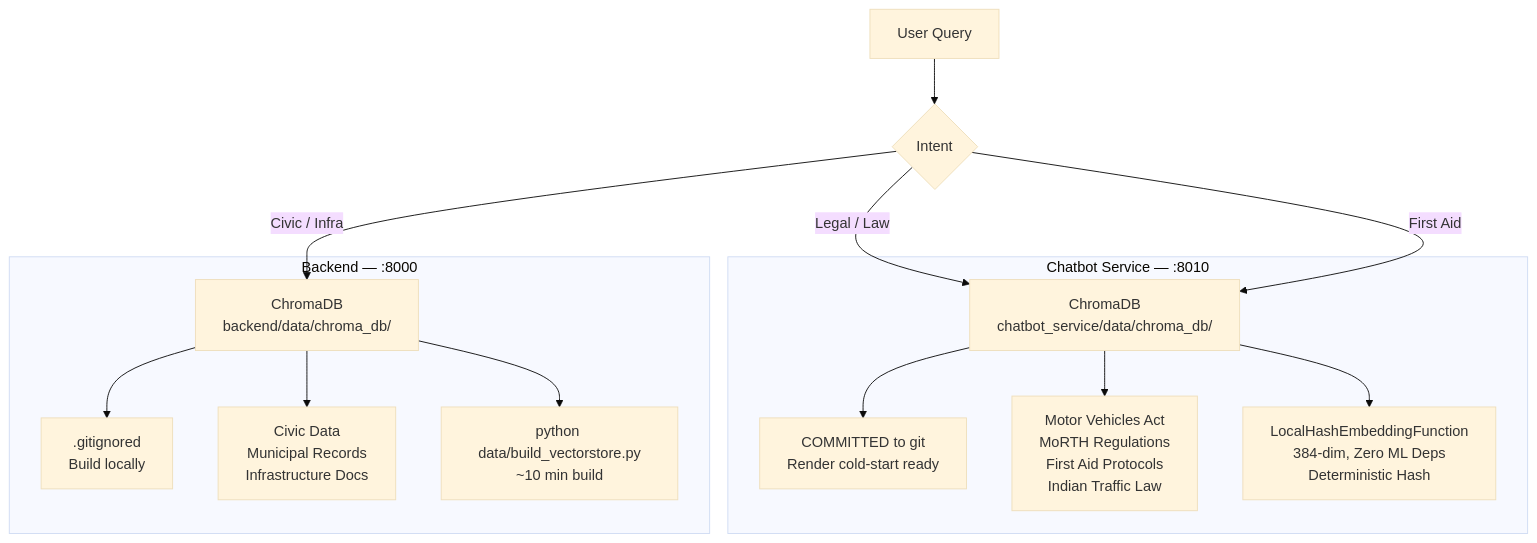
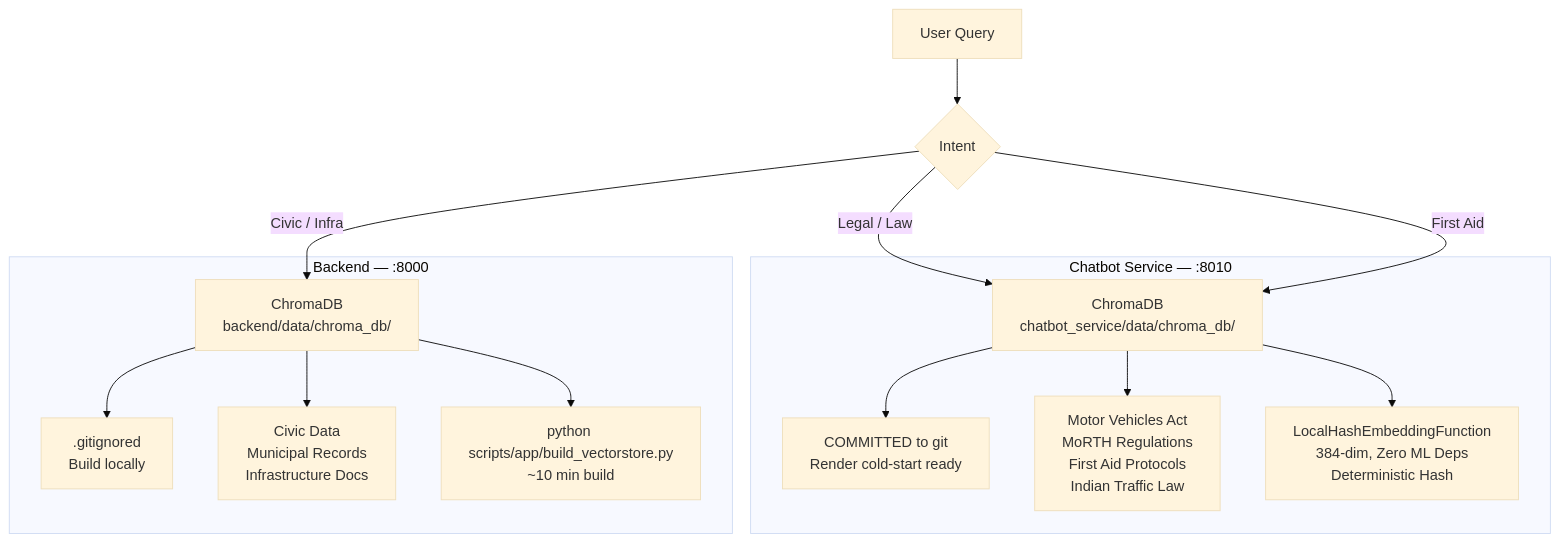
Before and after one commit to SafeVixAI/SafeVixAI: the second of 2 diagrams in docs/architecture/RAG.md, drawn with Mermaid (base theme). The commit also changed other lines of this file and 103 other files, not shown here.

````diff
--- a/docs/architecture/RAG.md
+++ b/docs/architecture/RAG.md
@@ -53,21 +53,21 @@
 ```mermaid
 flowchart TD
     subgraph Chatbot_Service["Chatbot Service — :8010"]
         CS_Chroma[ChromaDB<br/>chatbot_service/data/chroma_db/]
         CS_Chroma --> CS_Commit[COMMITTED to git<br/>Render cold-start ready]
         CS_Chroma --> CS_Data[Motor Vehicles Act<br/>MoRTH Regulations<br/>First Aid Protocols<br/>Indian Traffic Law]
         CS_Chroma --> CS_Embed[LocalHashEmbeddingFunction<br/>384-dim, Zero ML Deps<br/>Deterministic Hash]
     end
 
     subgraph Backend["Backend — :8000"]
         BE_Chroma[ChromaDB<br/>backend/data/chroma_db/]
         BE_Chroma --> BE_Git[.gitignored<br/>Build locally]
         BE_Chroma --> BE_Data[Civic Data<br/>Municipal Records<br/>Infrastructure Docs]
-        BE_Chroma --> BE_Build["python data/build_vectorstore.py<br/>~10 min build"]
+        BE_Chroma --> BE_Build["python scripts/app/build_vectorstore.py<br/>~10 min build"]
     end
 
     UserQ[User Query] --> Intent{Intent}
     Intent -->|Legal / Law| CS_Chroma
     Intent -->|First Aid| CS_Chroma
     Intent -->|Civic / Infra| BE_Chroma
 ```
````
